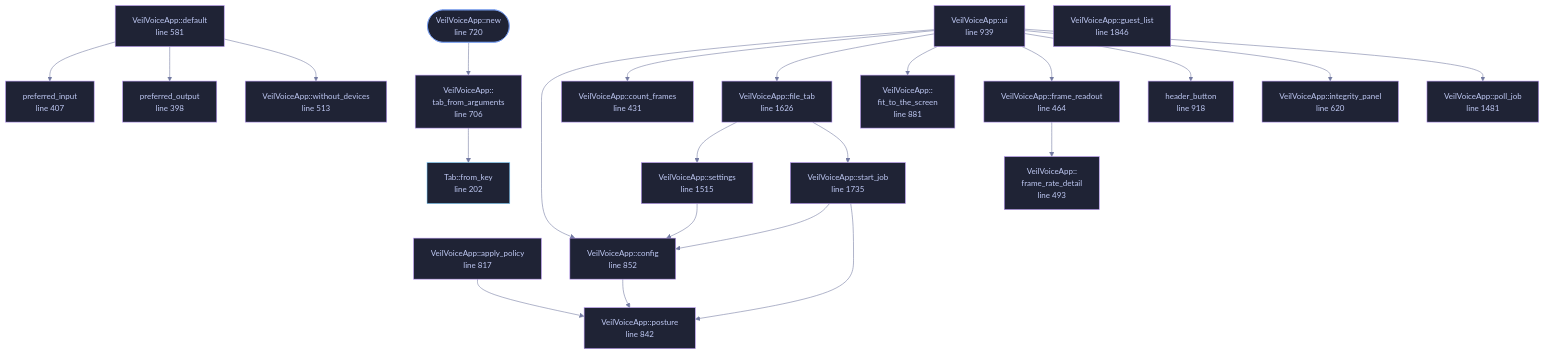
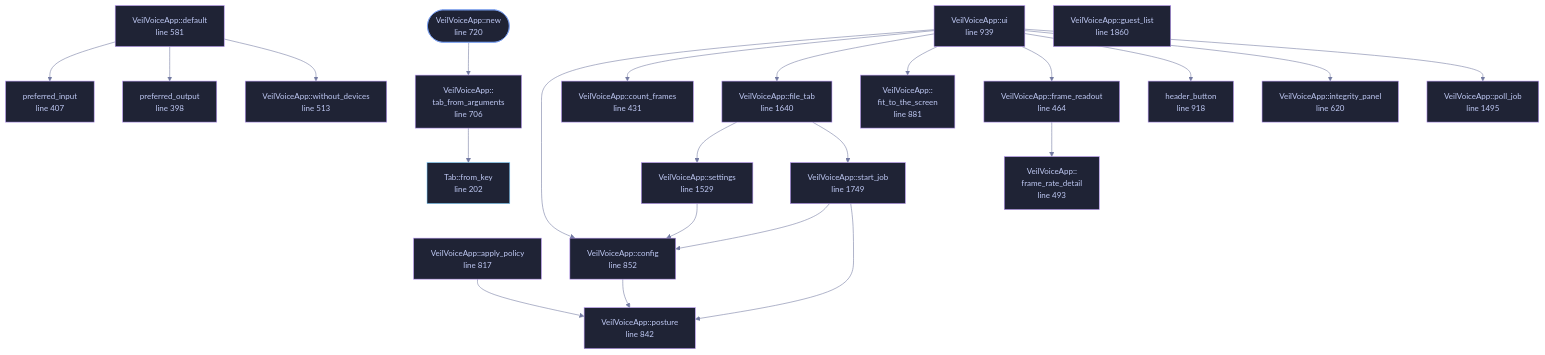
The diagram in docs/files/veilvoice-gui/app.md (tilas01/veilvoice), drawn with Mermaid before and after one commit. The commit also changed other lines of this file and 32 other files, not shown here.

````diff
--- a/docs/files/veilvoice-gui/app.md
+++ b/docs/files/veilvoice-gui/app.md
@@ -192,75 +192,75 @@
 ```mermaid
 %%{init: {"theme":"base","themeVariables":{"background":"#1a1b26","primaryColor":"#1f2335","primaryTextColor":"#c0caf5","primaryBorderColor":"#7aa2f7","secondaryColor":"#16161e","tertiaryColor":"#16161e","lineColor":"#737aa2","textColor":"#c0caf5","mainBkg":"#1f2335","nodeBorder":"#7aa2f7","clusterBkg":"#16161e","clusterBorder":"#2f3549","fontFamily":"ui-monospace, SFMono-Regular, Consolas, monospace","fontSize":"14px"}}}%%
 flowchart TD
     n_from_key["Tab::from_key<br/>line 202"]
     n_preferred_output["preferred_output<br/>line 398"]
     n_preferred_input["preferred_input<br/>line 407"]
     n_count_frames["VeilVoiceApp::count_frames<br/>line 431"]
     n_frame_readout["VeilVoiceApp::frame_readout<br/>line 464"]
     n_frame_rate_detail["VeilVoiceApp::<br/>frame_rate_detail<br/>line 493"]
     n_without_devices["VeilVoiceApp::without_devices<br/>line 513"]
     n_default["VeilVoiceApp::default<br/>line 581"]
     n_integrity_panel["VeilVoiceApp::integrity_panel<br/>line 620"]
     n_tab_from_arguments["VeilVoiceApp::<br/>tab_from_arguments<br/>line 706"]
     n_new(["VeilVoiceApp::new<br/>line 720"])
     n_apply_policy["VeilVoiceApp::apply_policy<br/>line 817"]
     n_posture["VeilVoiceApp::posture<br/>line 842"]
     n_config["VeilVoiceApp::config<br/>line 852"]
     n_fit_to_the_screen["VeilVoiceApp::<br/>fit_to_the_screen<br/>line 881"]
     n_header_button["header_button<br/>line 918"]
     n_ui["VeilVoiceApp::ui<br/>line 939"]
-    n_poll_job["VeilVoiceApp::poll_job<br/>line 1481"]
-    n_settings["VeilVoiceApp::settings<br/>line 1515"]
-    n_file_tab["VeilVoiceApp::file_tab<br/>line 1626"]
-    n_start_job["VeilVoiceApp::start_job<br/>line 1735"]
-    n_guest_list["VeilVoiceApp::guest_list<br/>line 1846"]
+    n_poll_job["VeilVoiceApp::poll_job<br/>line 1495"]
+    n_settings["VeilVoiceApp::settings<br/>line 1529"]
+    n_file_tab["VeilVoiceApp::file_tab<br/>line 1640"]
+    n_start_job["VeilVoiceApp::start_job<br/>line 1749"]
+    n_guest_list["VeilVoiceApp::guest_list<br/>line 1860"]
     n_apply_policy --> n_posture
     n_config --> n_posture
     n_default --> n_preferred_input
     n_default --> n_preferred_output
     n_default --> n_without_devices
     n_file_tab --> n_settings
     n_file_tab --> n_start_job
     n_frame_readout --> n_frame_rate_detail
     n_new --> n_tab_from_arguments
     n_settings --> n_config
     n_start_job --> n_config
     n_start_job --> n_posture
     n_tab_from_arguments --> n_from_key
     n_ui --> n_config
     n_ui --> n_count_frames
     n_ui --> n_file_tab
     n_ui --> n_fit_to_the_screen
     n_ui --> n_frame_readout
     n_ui --> n_header_button
     n_ui --> n_integrity_panel
     n_ui --> n_poll_job
     click n_from_key href "https://github.com/tilas01/veilvoice/blob/main/crates/veilvoice-gui/src/app.rs#L202" "open the source"
     click n_preferred_output href "https://github.com/tilas01/veilvoice/blob/main/crates/veilvoice-gui/src/app.rs#L398" "open the source"
     click n_preferred_input href "https://github.com/tilas01/veilvoice/blob/main/crates/veilvoice-gui/src/app.rs#L407" "open the source"
     click n_count_frames href "https://github.com/tilas01/veilvoice/blob/main/crates/veilvoice-gui/src/app.rs#L431" "open the source"
     click n_frame_readout href "https://github.com/tilas01/veilvoice/blob/main/crates/veilvoice-gui/src/app.rs#L464" "open the source"
     click n_frame_rate_detail href "https://github.com/tilas01/veilvoice/blob/main/crates/veilvoice-gui/src/app.rs#L493" "open the source"
     click n_without_devices href "https://github.com/tilas01/veilvoice/blob/main/crates/veilvoice-gui/src/app.rs#L513" "open the source"
     click n_default href "https://github.com/tilas01/veilvoice/blob/main/crates/veilvoice-gui/src/app.rs#L581" "open the source"
     click n_integrity_panel href "https://github.com/tilas01/veilvoice/blob/main/crates/veilvoice-gui/src/app.rs#L620" "open the source"
     click n_tab_from_arguments href "https://github.com/tilas01/veilvoice/blob/main/crates/veilvoice-gui/src/app.rs#L706" "open the source"
     click n_new href "https://github.com/tilas01/veilvoice/blob/main/crates/veilvoice-gui/src/app.rs#L720" "open the source"
     click n_apply_policy href "https://github.com/tilas01/veilvoice/blob/main/crates/veilvoice-gui/src/app.rs#L817" "open the source"
     click n_posture href "https://github.com/tilas01/veilvoice/blob/main/crates/veilvoice-gui/src/app.rs#L842" "open the source"
     click n_config href "https://github.com/tilas01/veilvoice/blob/main/crates/veilvoice-gui/src/app.rs#L852" "open the source"
     click n_fit_to_the_screen href "https://github.com/tilas01/veilvoice/blob/main/crates/veilvoice-gui/src/app.rs#L881" "open the source"
     click n_header_button href "https://github.com/tilas01/veilvoice/blob/main/crates/veilvoice-gui/src/app.rs#L918" "open the source"
     click n_ui href "https://github.com/tilas01/veilvoice/blob/main/crates/veilvoice-gui/src/app.rs#L939" "open the source"
-    click n_poll_job href "https://github.com/tilas01/veilvoice/blob/main/crates/veilvoice-gui/src/app.rs#L1481" "open the source"
-    click n_settings href "https://github.com/tilas01/veilvoice/blob/main/crates/veilvoice-gui/src/app.rs#L1515" "open the source"
-    click n_file_tab href "https://github.com/tilas01/veilvoice/blob/main/crates/veilvoice-gui/src/app.rs#L1626" "open the source"
-    click n_start_job href "https://github.com/tilas01/veilvoice/blob/main/crates/veilvoice-gui/src/app.rs#L1735" "open the source"
-    click n_guest_list href "https://github.com/tilas01/veilvoice/blob/main/crates/veilvoice-gui/src/app.rs#L1846" "open the source"
+    click n_poll_job href "https://github.com/tilas01/veilvoice/blob/main/crates/veilvoice-gui/src/app.rs#L1495" "open the source"
+    click n_settings href "https://github.com/tilas01/veilvoice/blob/main/crates/veilvoice-gui/src/app.rs#L1529" "open the source"
+    click n_file_tab href "https://github.com/tilas01/veilvoice/blob/main/crates/veilvoice-gui/src/app.rs#L1640" "open the source"
+    click n_start_job href "https://github.com/tilas01/veilvoice/blob/main/crates/veilvoice-gui/src/app.rs#L1749" "open the source"
+    click n_guest_list href "https://github.com/tilas01/veilvoice/blob/main/crates/veilvoice-gui/src/app.rs#L1860" "open the source"
     classDef entry fill:#1f2335,stroke:#7aa2f7,color:#c0caf5
     class n_new entry
     classDef api fill:#1f2335,stroke:#7dcfff,color:#c0caf5
     class n_from_key api
     classDef helper fill:#1f2335,stroke:#bb9af7,color:#c0caf5
     class n_preferred_output,n_preferred_input,n_count_frames,n_frame_readout,n_frame_rate_detail,n_without_devices,n_default,n_integrity_panel,n_tab_from_arguments,n_apply_policy,n_posture,n_config,n_fit_to_the_screen,n_header_button,n_ui,n_poll_job,n_settings,n_file_tab,n_start_job,n_guest_list helper
 ```
````
